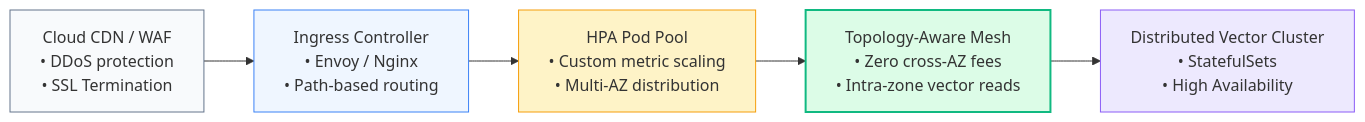
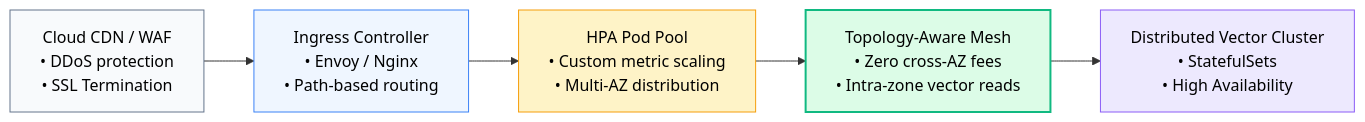
Before and after one commit to swapnil3104/RAG-Engineering: the third of 3 diagrams in 09-RAG-Deployment-and-Production/Cloud-Deployment.md, drawn with Mermaid. The commit also changed other lines of this file and 108 other files, not shown here.

Commit message:
fix: make chart text visible across all Mermaid diagrams and resolve markdown table formatting issues

````diff
--- a/09-RAG-Deployment-and-Production/Cloud-Deployment.md
+++ b/09-RAG-Deployment-and-Production/Cloud-Deployment.md
@@ -487,13 +487,13 @@
 ```mermaid
 flowchart LR
     A["Cloud CDN / WAF<br/>• DDoS protection<br/>• SSL Termination"] --> B["Ingress Controller<br/>• Envoy / Nginx<br/>• Path-based routing"]
     B --> C["HPA Pod Pool<br/>• Custom metric scaling<br/>• Multi-AZ distribution"]
     C --> D["Topology-Aware Mesh<br/>• Zero cross-AZ fees<br/>• Intra-zone vector reads"]
     D --> E["Distributed Vector Cluster<br/>• StatefulSets<br/>• High Availability"]
 
-    style A fill:#f8fafc,stroke:#64748b
-    style B fill:#eff6ff,stroke:#3b82f6
-    style C fill:#fef3c7,stroke:#f59e0b
-    style D fill:#dcfce7,stroke:#10b981,stroke-width:2px
-    style E fill:#ede9fe,stroke:#8b5cf6
+    style A fill:#f8fafc,stroke:#64748b,color:#000000
+    style B fill:#eff6ff,stroke:#3b82f6,color:#000000
+    style C fill:#fef3c7,stroke:#f59e0b,color:#000000
+    style D fill:#dcfce7,stroke:#10b981,stroke-width:2px,color:#000000
+    style E fill:#ede9fe,stroke:#8b5cf6,color:#000000
 ```
````
